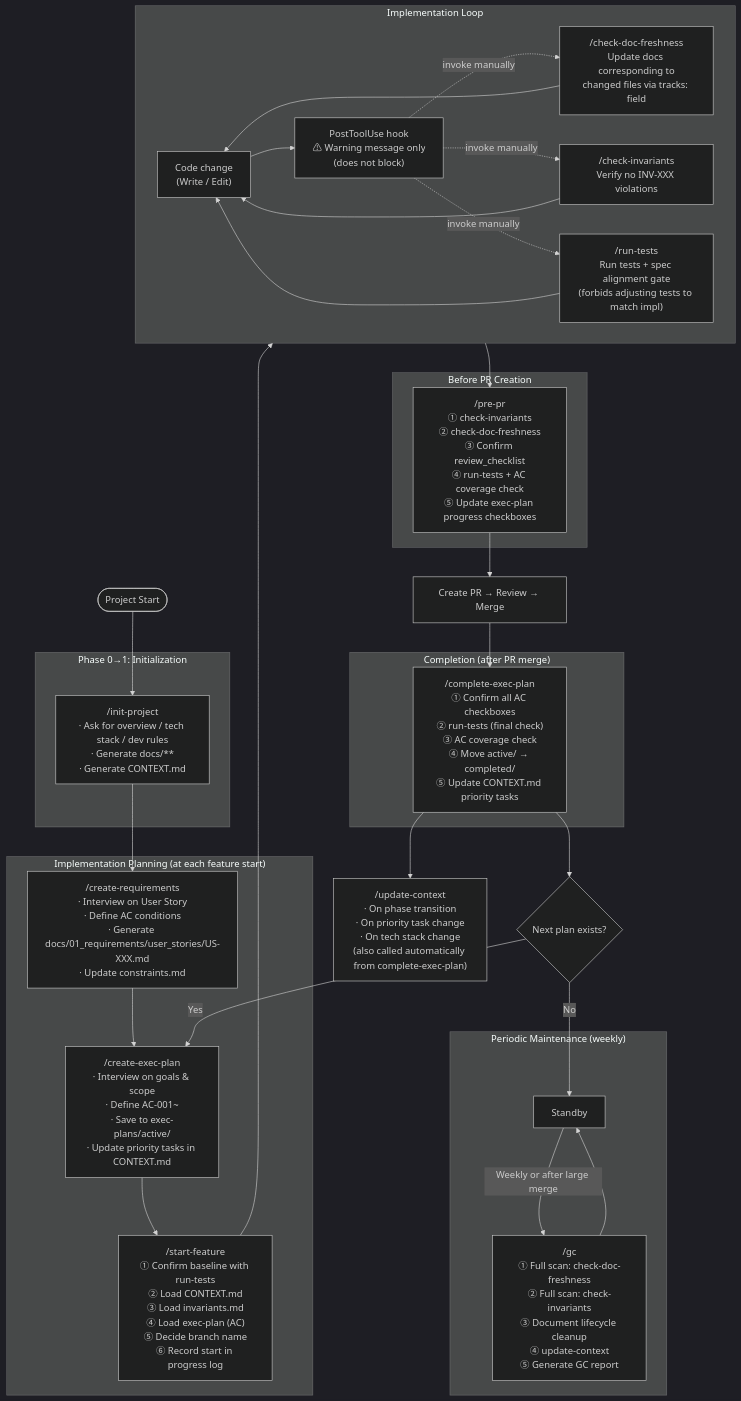
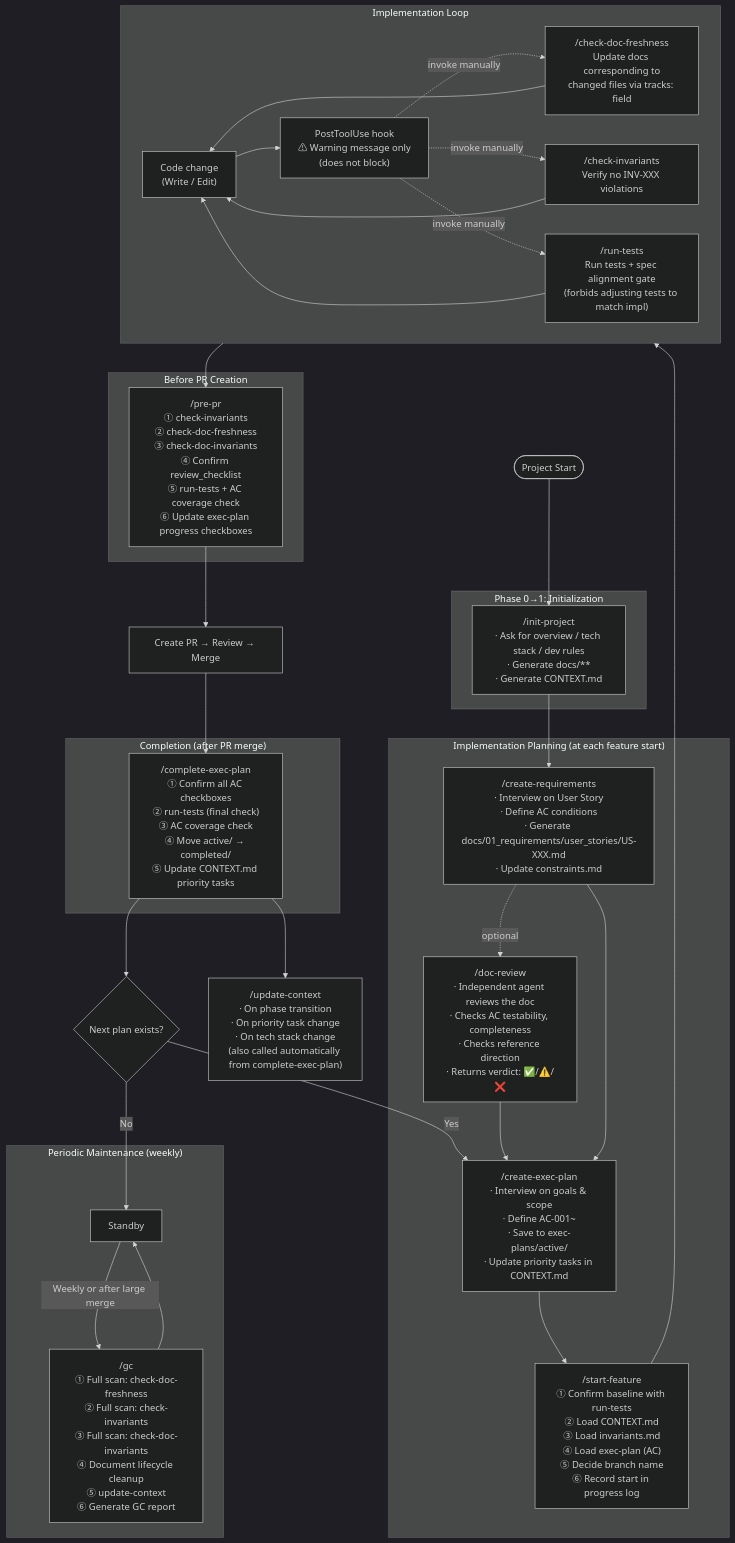
One commit to aki-senri/DocDDTemplate changed the first of 2 diagrams in SKILL_FLOW.md. Above: the diagram before and after it, drawn with Mermaid (dark theme). The commit also changed other lines of this file and 5 other files, not shown here.

First line of the commit message:
Add /check-doc-invariants and /doc-review skills for document review process

````diff
--- a/SKILL_FLOW.md
+++ b/SKILL_FLOW.md
@@ -5,65 +5,68 @@
 ```mermaid
 flowchart TD
     START([Project Start]) --> INIT
 
     subgraph PHASE01["Phase 0→1: Initialization"]
         INIT["/init-project\n· Ask for overview / tech stack / dev rules\n· Generate docs/**\n· Generate CONTEXT.md"]
     end
 
     INIT --> REQ
 
     subgraph PLAN_PHASE["Implementation Planning (at each feature start)"]
         REQ["/create-requirements\n· Interview on User Story\n· Define AC conditions\n· Generate docs/01_requirements/user_stories/US-XXX.md\n· Update constraints.md"]
+        REQ -.->|optional| DR
+        DR["/doc-review\n· Independent agent reviews the doc\n· Checks AC testability, completeness\n· Checks reference direction\n· Returns verdict: ✅/⚠️/❌"]
+        DR --> PLAN
         REQ --> PLAN
         PLAN["/create-exec-plan\n· Interview on goals & scope\n· Define AC-001~\n· Save to exec-plans/active/\n· Update priority tasks in CONTEXT.md"]
         PLAN --> SF
         SF["/start-feature\n① Confirm baseline with run-tests\n② Load CONTEXT.md\n③ Load invariants.md\n④ Load exec-plan (AC)\n⑤ Decide branch name\n⑥ Record start in progress log"]
     end
 
     SF --> IMPL
 
     subgraph IMPL["Implementation Loop"]
         CODE["Code change\n(Write / Edit)"]
         HOOK["PostToolUse hook\n⚠ Warning message only\n(does not block)"]
         CDF["/check-doc-freshness\nUpdate docs corresponding to\nchanged files via tracks: field"]
         CI["/check-invariants\nVerify no INV-XXX violations"]
         RT["/run-tests\nRun tests + spec alignment gate\n(forbids adjusting tests to match impl)"]
 
         CODE --> HOOK
         HOOK -.->|invoke manually| CDF
         HOOK -.->|invoke manually| CI
         HOOK -.->|invoke manually| RT
         CDF --> CODE
         CI --> CODE
         RT --> CODE
     end
 
     IMPL --> PREPR
 
     subgraph PREPR_PHASE["Before PR Creation"]
-        PREPR["/pre-pr\n① check-invariants\n② check-doc-freshness\n③ Confirm review_checklist\n④ run-tests + AC coverage check\n⑤ Update exec-plan progress checkboxes"]
+        PREPR["/pre-pr\n① check-invariants\n② check-doc-freshness\n③ check-doc-invariants\n④ Confirm review_checklist\n⑤ run-tests + AC coverage check\n⑥ Update exec-plan progress checkboxes"]
     end
 
     PREPR --> PR
     PR["Create PR → Review → Merge"]
     PR --> COMPLETE
 
     subgraph COMPLETE_PHASE["Completion (after PR merge)"]
         COMPLETE["/complete-exec-plan\n① Confirm all AC checkboxes\n② run-tests (final check)\n③ AC coverage check\n④ Move active/ → completed/\n⑤ Update CONTEXT.md priority tasks"]
     end
 
     COMPLETE --> NEXT
     NEXT{Next plan exists?}
     NEXT -->|Yes| PLAN
     NEXT -->|No| GC_WAIT
 
     subgraph GC_PHASE["Periodic Maintenance (weekly)"]
         GC_WAIT["Standby"]
-        GC["/gc\n① Full scan: check-doc-freshness\n② Full scan: check-invariants\n③ Document lifecycle cleanup\n④ update-context\n⑤ Generate GC report"]
+        GC["/gc\n① Full scan: check-doc-freshness\n② Full scan: check-invariants\n③ Full scan: check-doc-invariants\n④ Document lifecycle cleanup\n⑤ update-context\n⑥ Generate GC report"]
         GC_WAIT -->|Weekly or after large merge| GC
         GC --> GC_WAIT
     end
 
     UC["/update-context\n· On phase transition\n· On priority task change\n· On tech stack change\n(also called automatically from complete-exec-plan)"]
     COMPLETE --> UC
 ```
````
